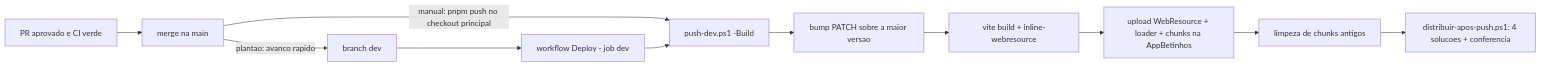
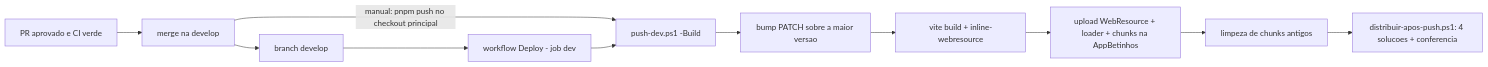
One commit to Betinhos-Executive-Service/Betinhos-Sistema changed the first of 3 diagrams in docs/auto/05-ambiente-scripts-deploy.md. Above: the diagram before and after it, drawn with Mermaid. The commit also changed other lines of this file and 18 other files, not shown here.

First line of the commit message:
ci: develop publica no DEV e main publica no PROD, só pelo GitHub

````diff
--- a/docs/auto/05-ambiente-scripts-deploy.md
+++ b/docs/auto/05-ambiente-scripts-deploy.md
@@ -165,13 +166,13 @@
 ```mermaid
 flowchart LR
-  PR[PR aprovado e CI verde] --> M[merge na main]
-  M -->|plantao: avanco rapido| D[branch dev]
+  PR[PR aprovado e CI verde] --> M[merge na develop]
+  M --> D[branch develop]
   M -->|manual: pnpm push no checkout principal| P
   D --> W[workflow Deploy - job dev]
   W --> P[push-dev.ps1 -Build]
   P --> V[bump PATCH sobre a maior versao]
   V --> B[vite build + inline-webresource]
   B --> U[upload WebResource + loader + chunks na AppBetinhos]
   U --> X[limpeza de chunks antigos]
   X --> Z[distribuir-apos-push.ps1: 4 solucoes + conferencia]
 ```
````
